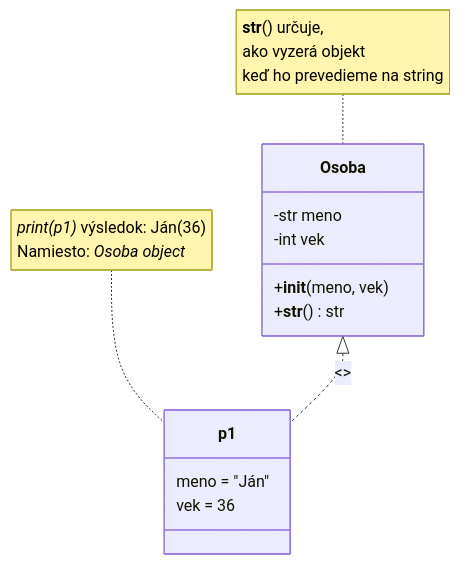
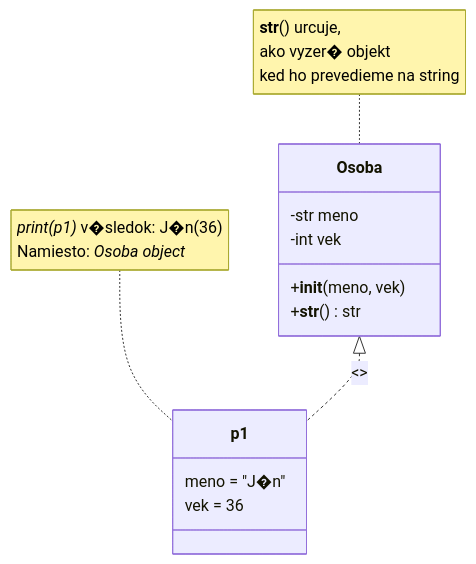
Before and after one commit to SpsKnSK/api: the third of 3 diagrams in Lessons_sk/13_classes_1_sk.md, drawn with Mermaid. The commit also changed other lines of this file and 136 other files, not shown here.

````diff
--- a/Lessons_sk/13_classes_1_sk.md
+++ b/Lessons_sk/13_classes_1_sk.md
@@ -158,19 +185,19 @@
 ```mermaid
 classDiagram
     class Osoba {
         -str meno
         -int vek
         +__init__(meno, vek)
         +__str__() str
     }
     
     class p1 {
-        meno = "Ján"
+        meno = "J�n"
         vek = 36
     }
     
     Osoba <|.. p1 : <<instance>>
     
-    note for Osoba "__str__() určuje,</br>ako vyzerá objekt</br>keď ho prevedieme na string"
-    note for p1 "*print(p1)* výsledok: Ján(36)</br> Namiesto: *Osoba object*"
+    note for Osoba "__str__() urcuje,</br>ako vyzer� objekt</br>ked ho prevedieme na string"
+    note for p1 "*print(p1)* v�sledok: J�n(36)</br> Namiesto: *Osoba object*"
 ```
````
